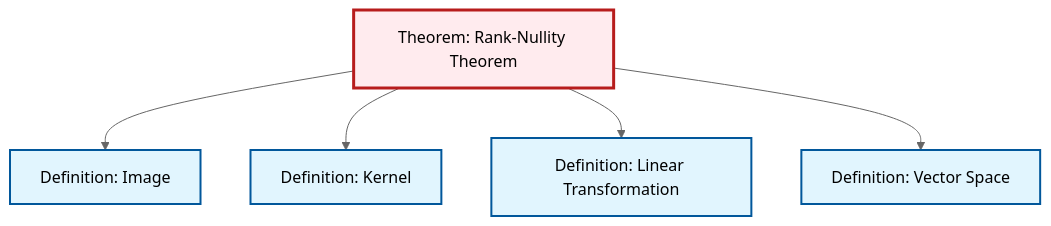
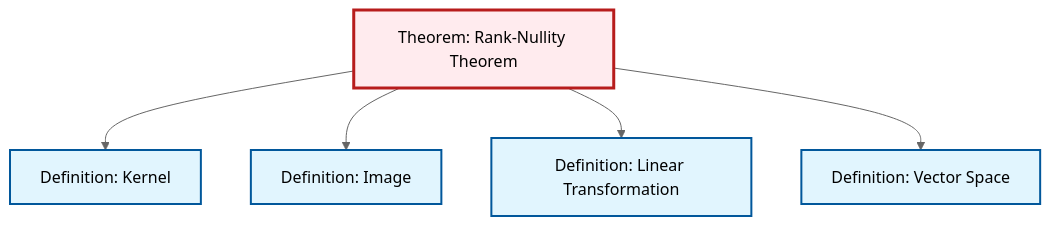
Before and after one commit to RK0429/ModernMath: the diagram in content/en/algebra/thm-rank-nullity.qmd, drawn with Mermaid (neutral theme). The commit also changed other lines of this file and 22 other files, not shown here.

````diff
--- a/content/en/algebra/thm-rank-nullity.qmd
+++ b/content/en/algebra/thm-rank-nullity.qmd
@@ -55,23 +56,23 @@
 ```{mermaid}
 %%| fig-cap: "Local dependency graph"
 graph TD
     classDef definition fill:#e1f5fe,stroke:#01579b,stroke-width:2px
     classDef theorem fill:#f3e5f5,stroke:#4a148c,stroke-width:2px
     classDef axiom fill:#fff3e0,stroke:#e65100,stroke-width:2px
     classDef example fill:#e8f5e9,stroke:#1b5e20,stroke-width:2px
     classDef current fill:#ffebee,stroke:#b71c1c,stroke-width:3px
+    thm-rank-nullity["Theorem: Rank-Nullity Theorem"]:::theorem
     def-vector-space["Definition: Vector Space"]:::definition
-    thm-rank-nullity["Theorem: Rank-Nullity Theorem"]:::theorem
+    def-image["Definition: Image"]:::definition
     def-kernel["Definition: Kernel"]:::definition
-    def-image["Definition: Image"]:::definition
     def-linear-transformation["Definition: Linear Transformation"]:::definition
+    thm-rank-nullity --> def-kernel
     thm-rank-nullity --> def-image
-    thm-rank-nullity --> def-kernel
     thm-rank-nullity --> def-linear-transformation
     thm-rank-nullity --> def-vector-space
     class thm-rank-nullity current
     click def-vector-space "def-vector-space.html" "Go to Vector Space definition"
+    click def-image "def-image.html" "Go to Image definition"
     click def-kernel "def-kernel.html" "Go to Kernel definition"
-    click def-image "def-image.html" "Go to Image definition"
     click def-linear-transformation "def-linear-transformation.html" "Go to Linear Transformation definition"
 ```
````
